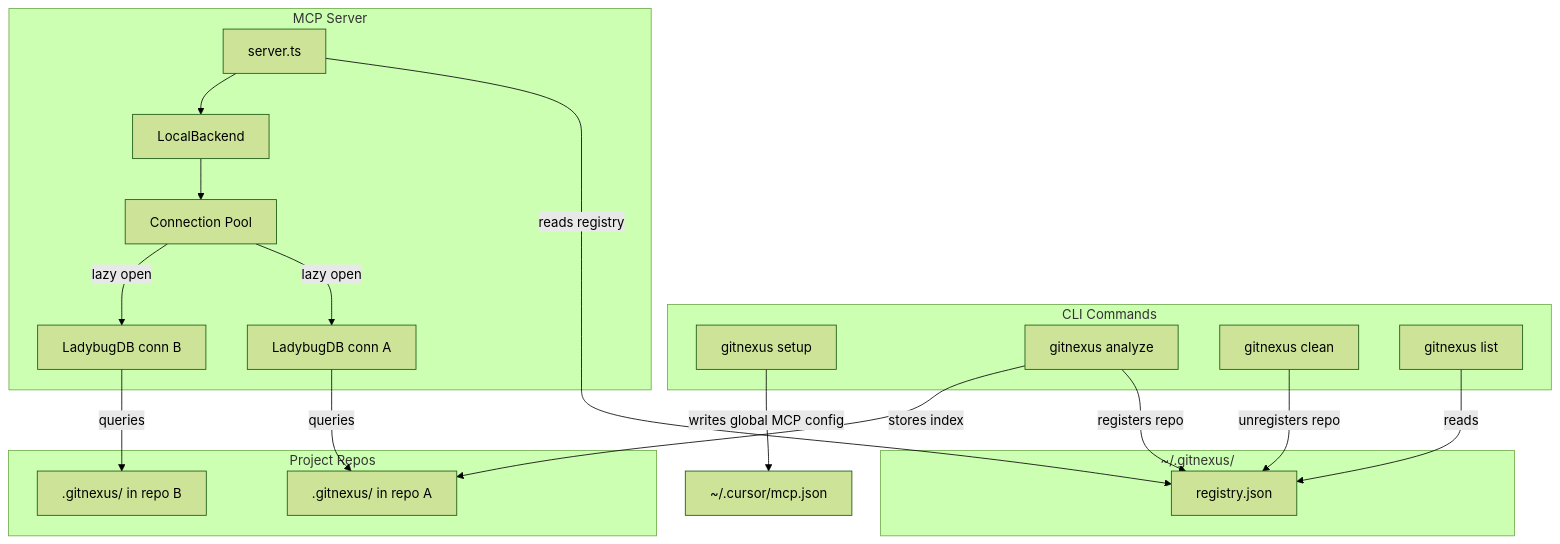
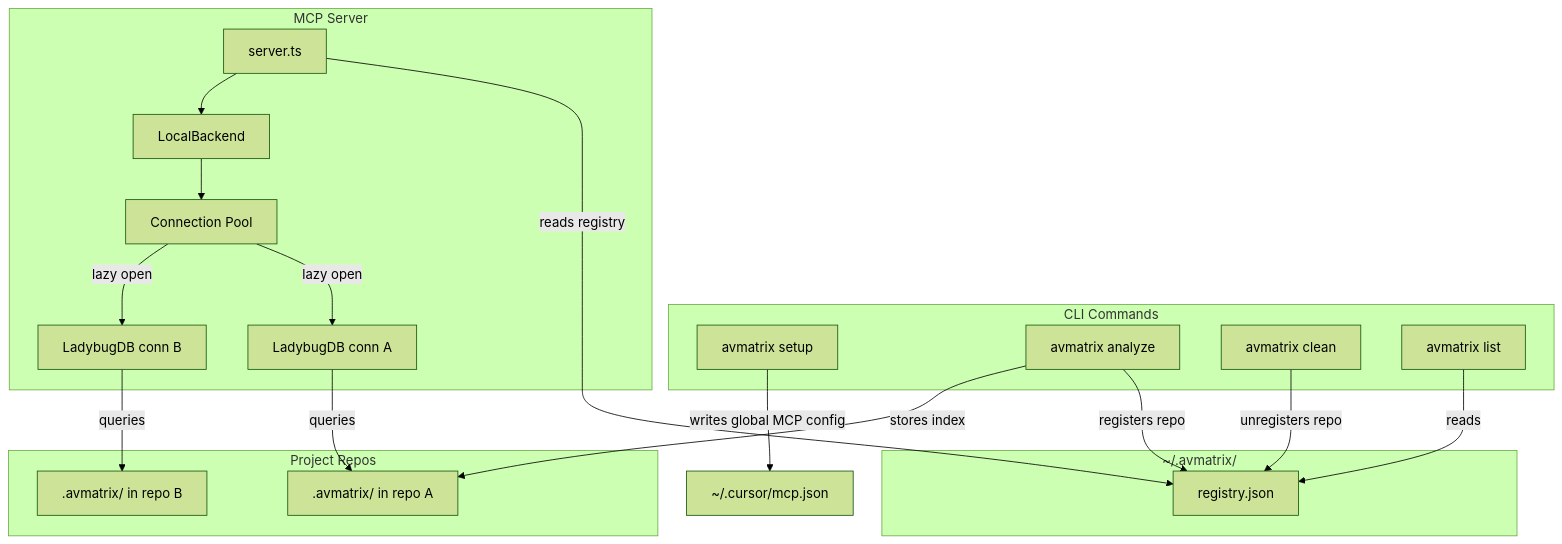
One commit to tamnguyendinh/AVmatrix changed the first of 2 diagrams in README.md. Above: the diagram before and after it, drawn with Mermaid (forest theme). The commit also changed other lines of this file and 2555 other files, not shown here.

````diff
--- a/README.md
+++ b/README.md
@@ -275,39 +275,39 @@
 ```mermaid
 flowchart TD
     subgraph CLI [CLI Commands]
-        Setup["gitnexus setup"]
-        Analyze["gitnexus analyze"]
-        Clean["gitnexus clean"]
-        List["gitnexus list"]
+        Setup["avmatrix setup"]
+        Analyze["avmatrix analyze"]
+        Clean["avmatrix clean"]
+        List["avmatrix list"]
     end
 
-    subgraph Registry ["~/.gitnexus/"]
+    subgraph Registry ["~/.avmatrix/"]
         RegFile["registry.json"]
     end
 
     subgraph Repos [Project Repos]
-        RepoA[".gitnexus/ in repo A"]
-        RepoB[".gitnexus/ in repo B"]
+        RepoA[".avmatrix/ in repo A"]
+        RepoB[".avmatrix/ in repo B"]
     end
 
     subgraph MCP [MCP Server]
         Server["server.ts"]
         Backend["LocalBackend"]
         Pool["Connection Pool"]
         ConnA["LadybugDB conn A"]
         ConnB["LadybugDB conn B"]
     end
 
     Setup -->|"writes global MCP config"| CursorConfig["~/.cursor/mcp.json"]
     Analyze -->|"registers repo"| RegFile
     Analyze -->|"stores index"| RepoA
     Clean -->|"unregisters repo"| RegFile
     List -->|"reads"| RegFile
     Server -->|"reads registry"| RegFile
     Server --> Backend
     Backend --> Pool
     Pool -->|"lazy open"| ConnA
     Pool -->|"lazy open"| ConnB
     ConnA -->|"queries"| RepoA
     ConnB -->|"queries"| RepoB
 ```
````
